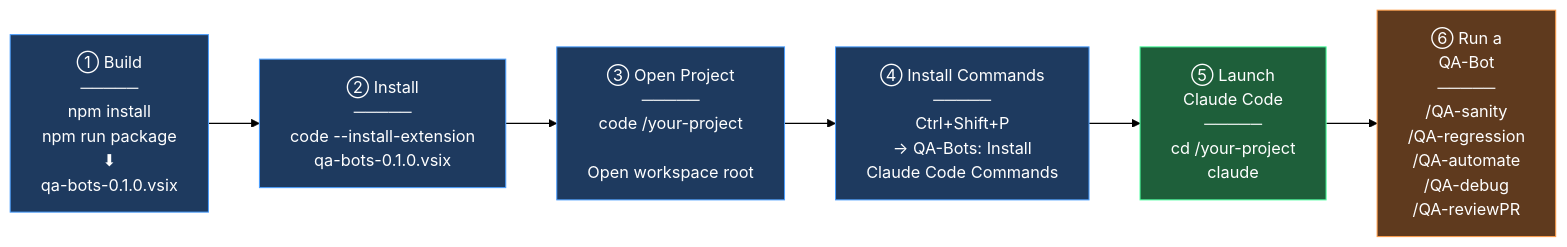
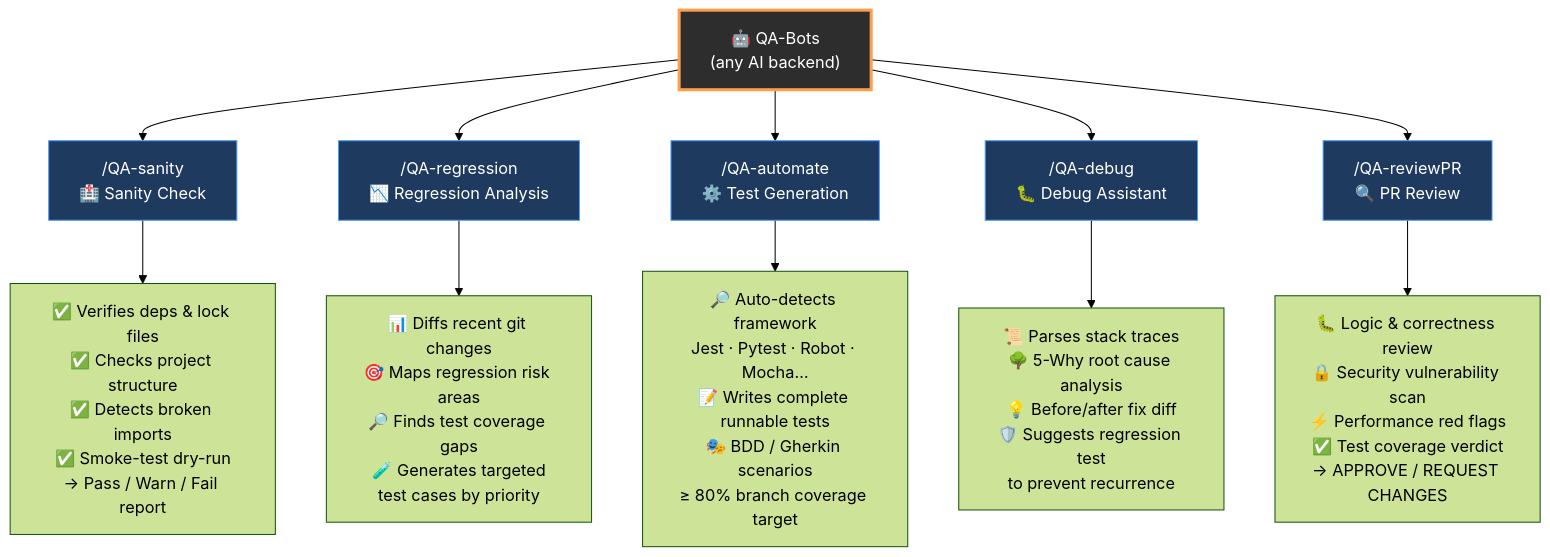
Before and after one commit to mredzmi/RobotBDD: the third of 5 diagrams in README.md, drawn with Mermaid (forest theme). The commit also changed other lines of this file and 4 other files, not shown here.

First line of the commit message:
feat: add any-AI support — VS Code LM API, OpenAI, and Claude Code backends

````diff
--- a/README.md
+++ b/README.md
@@ -52,18 +78,27 @@
 ```mermaid
-flowchart LR
-    ST1["① Build\n─────\nnpm install\nnpm run package\n⬇\nqa-bots-0.1.0.vsix"]
-    ST2["② Install\n─────\ncode --install-extension\nqa-bots-0.1.0.vsix"]
-    ST3["③ Open Project\n─────\ncode /your-project\n\nOpen workspace root"]
-    ST4["④ Install Commands\n─────\nCtrl+Shift+P\n→ QA-Bots: Install\nClaude Code Commands"]
-    ST5["⑤ Launch\nClaude Code\n─────\ncd /your-project\nclaude"]
-    ST6["⑥ Run a\nQA-Bot\n─────\n/QA-sanity\n/QA-regression\n/QA-automate\n/QA-debug\n/QA-reviewPR"]
+flowchart TD
+    EXT["🤖 QA-Bots\n(any AI backend)"]
 
-    ST1 --> ST2 --> ST3 --> ST4 --> ST5 --> ST6
+    EXT --> SANITY["/QA-sanity\n🏥 Sanity Check"]
+    EXT --> REGRESSION["/QA-regression\n📉 Regression Analysis"]
+    EXT --> AUTOMATE["/QA-automate\n⚙️ Test Generation"]
+    EXT --> DEBUG["/QA-debug\n🐛 Debug Assistant"]
+    EXT --> REVIEWPR["/QA-reviewPR\n🔍 PR Review"]
 
-    style ST1 fill:#1e3a5f,color:#fff,stroke:#4a9eff
-    style ST2 fill:#1e3a5f,color:#fff,stroke:#4a9eff
-    style ST3 fill:#1e3a5f,color:#fff,stroke:#4a9eff
-    style ST4 fill:#1e3a5f,color:#fff,stroke:#4a9eff
-    style ST5 fill:#1e5f3a,color:#fff,stroke:#4aff9e
-    style ST6 fill:#5f3a1e,color:#fff,stroke:#ff9e4a
+    SANITY --> S1["✅ Verifies deps & lock files\n✅ Checks project structure\n✅ Detects broken imports\n✅ Smoke-test dry-run\n→ Pass / Warn / Fail report"]
+
+    REGRESSION --> R1["📊 Diffs recent git changes\n🎯 Maps regression risk areas\n🔎 Finds test coverage gaps\n🧪 Generates targeted\ntest cases by priority"]
+
+    AUTOMATE --> A1["🔎 Auto-detects framework\nJest · Pytest · Robot · Mocha…\n📝 Writes complete runnable tests\n🎭 BDD / Gherkin scenarios\n≥ 80% branch coverage target"]
+
+    DEBUG --> D1["📜 Parses stack traces\n🌳 5-Why root cause analysis\n💡 Before/after fix diff\n🛡️ Suggests regression test\nto prevent recurrence"]
+
+    REVIEWPR --> P1["🐛 Logic & correctness review\n🔒 Security vulnerability scan\n⚡ Performance red flags\n✅ Test coverage verdict\n→ APPROVE / REQUEST CHANGES"]
+
+    style EXT fill:#2d2d2d,color:#fff,stroke:#ff9e4a,stroke-width:3px
+    style SANITY fill:#1e3a5f,color:#fff,stroke:#4a9eff
+    style REGRESSION fill:#1e3a5f,color:#fff,stroke:#4a9eff
+    style AUTOMATE fill:#1e3a5f,color:#fff,stroke:#4a9eff
+    style DEBUG fill:#1e3a5f,color:#fff,stroke:#4a9eff
+    style REVIEWPR fill:#1e3a5f,color:#fff,stroke:#4a9eff
 ```
````
